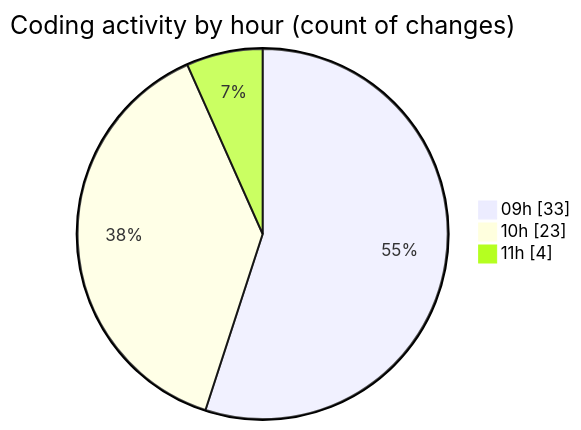
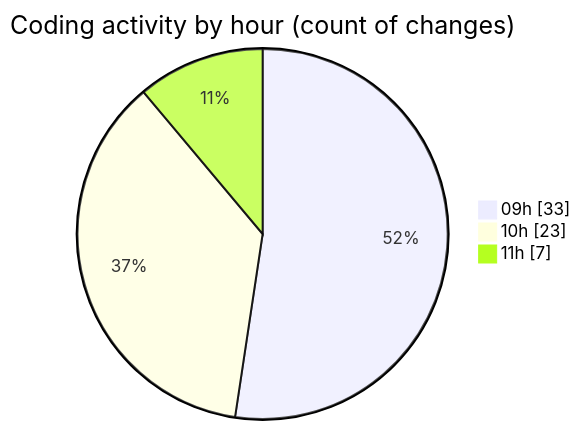
Before and after one commit to CELIANVF/code-tracking: the second of 2 diagrams in 2025-05-20/ecodeli-1/README.md, drawn with Mermaid. The commit also changed other lines of this file and 1 other file, not shown here.

````diff
--- a/2025-05-20/ecodeli-1/README.md
+++ b/2025-05-20/ecodeli-1/README.md
@@ -54,7 +54,7 @@
 ```mermaid
 pie showData
 title Coding activity by hour (count of changes)
 "09h" : 33
 "10h" : 23
-"11h" : 4
+"11h" : 7
 ```
````
